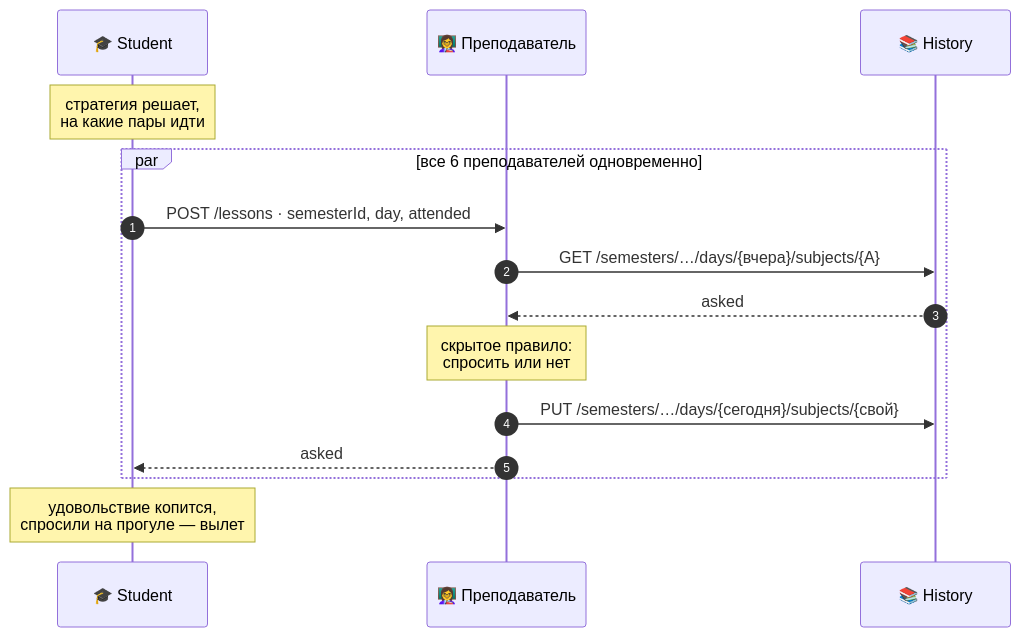
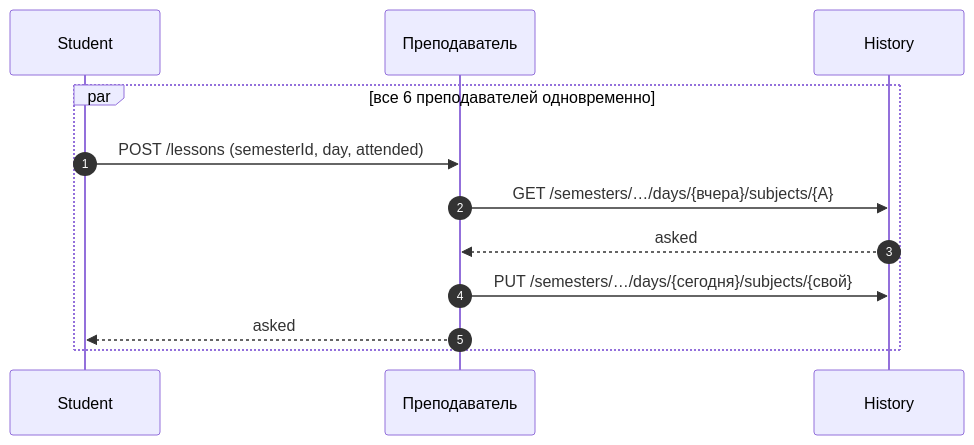
The second of 4 diagrams in README.md (griagaf/sharps_lab), drawn with Mermaid before and after one commit. The commit also changed other lines of this file, not shown here.

````diff
--- a/README.md
+++ b/README.md
@@ -206,20 +195,15 @@
 ```mermaid
 sequenceDiagram
     autonumber
-    participant S as 🎓 Student
-    participant T as 👩‍🏫 Преподаватель
-    participant H as 📚 History
-
-    Note over S: стратегия решает,<br/>на какие пары идти
+    participant S as Student
+    participant T as Преподаватель
+    participant H as History
 
     par все 6 преподавателей одновременно
-        S->>T: POST /lessons · semesterId, day, attended
+        S->>T: POST /lessons (semesterId, day, attended)
         T->>H: GET /semesters/…/days/{вчера}/subjects/{A}
         H-->>T: asked
-        Note over T: скрытое правило:<br/>спросить или нет
         T->>H: PUT /semesters/…/days/{сегодня}/subjects/{свой}
         T-->>S: asked
     end
-
-    Note over S: удовольствие копится,<br/>спросили на прогуле — вылет
 ```
````
